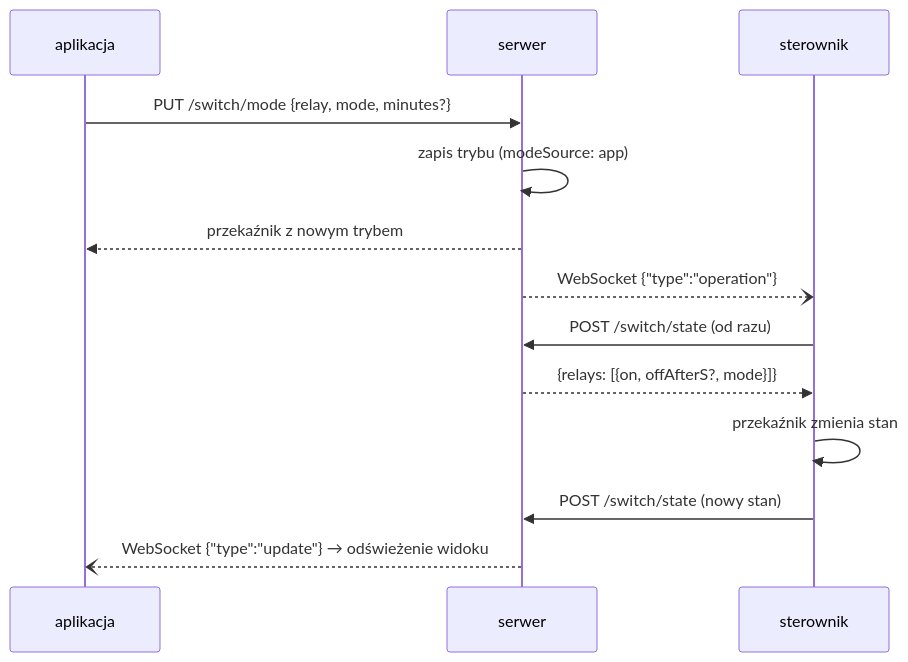
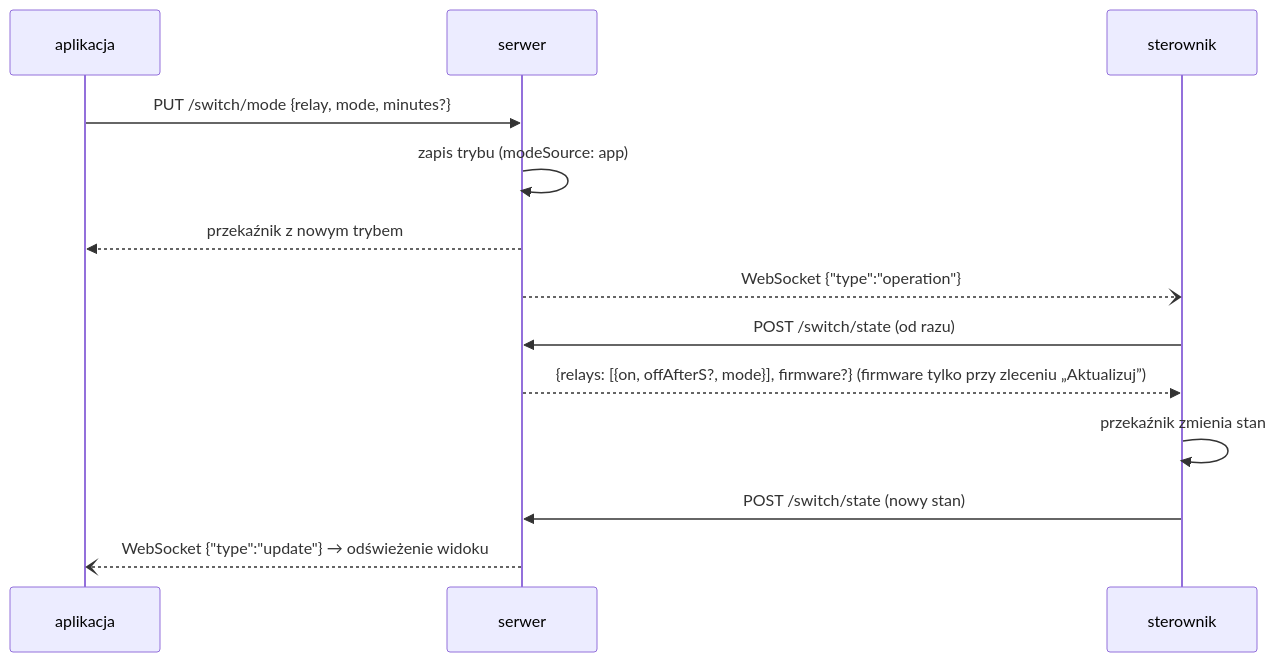
One commit to robertorlowski/chpc-web changed the fourth of 5 diagrams in docs/moduly/switch/2-zasada-dzialania.md. Above: the diagram before and after it, drawn with Mermaid. The commit also changed other lines of this file and 55 other files, not shown here.

First line of the commit message:
Aktualizacja firmware na zlecenie („Aktualizuj”) dla hydroforu, włącznika i pieca; OTA pieca z chmury (firmware 1.5.0), włącznik 1.1.0; piec: przełącznik „Kocioł: Włączony / Wyłączony”

````diff
--- a/docs/moduly/switch/2-zasada-dzialania.md
+++ b/docs/moduly/switch/2-zasada-dzialania.md
@@ -69,15 +69,15 @@
 ```mermaid
 sequenceDiagram
     participant U as aplikacja
     participant S as serwer
     participant C as sterownik
     U->>S: PUT /switch/mode {relay, mode, minutes?}
     S->>S: zapis trybu (modeSource: app)
     S-->>U: przekaźnik z nowym trybem
     S--)C: WebSocket {"type":"operation"}
     C->>S: POST /switch/state (od razu)
-    S-->>C: {relays: [{on, offAfterS?, mode}]}
+    S-->>C: {relays: [{on, offAfterS?, mode}], firmware?} (firmware tylko przy zleceniu „Aktualizuj”)
     C->>C: przekaźnik zmienia stan
     C->>S: POST /switch/state (nowy stan)
     S--)U: WebSocket {"type":"update"} → odświeżenie widoku
 ```
````
